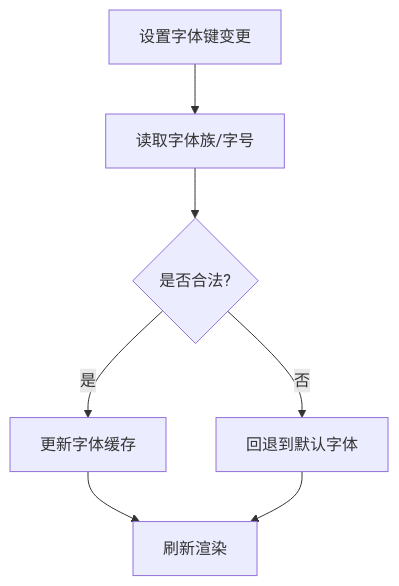
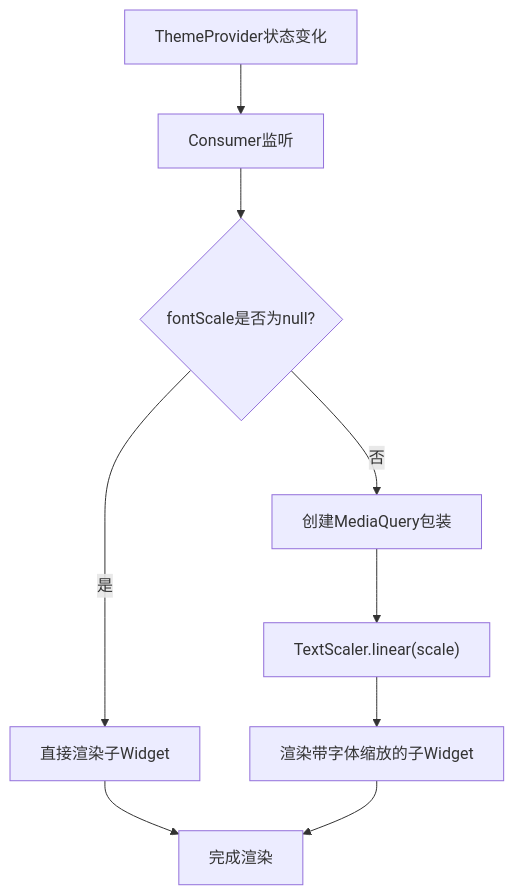
The fifth of 6 diagrams in .qoder/repowiki/zh/content/Flutter跨平台应用/状态管理/设置Provider.md (ZhangGHGitHub/LegadoTeamFlutter), drawn with Mermaid before and after one commit. The commit also changed other lines of this file and 173 other files, not shown here.

````diff
--- a/.qoder/repowiki/zh/content/Flutter跨平台应用/状态管理/设置Provider.md
+++ b/.qoder/repowiki/zh/content/Flutter跨平台应用/状态管理/设置Provider.md
@@ -260,9 +199,11 @@
 ```mermaid
 flowchart TD
-A["设置字体键变更"] --> B["读取字体族/字号"]
-B --> C{"是否合法?"}
-C --> |否| D["回退到默认字体"]
-C --> |是| E["更新字体缓存"]
-E --> F["刷新渲染"]
-D --> F
+A["ThemeProvider状态变化"] --> B["Consumer监听"]
+B --> C{"fontScale是否为null?"}
+C --> |是| D["直接渲染子Widget"]
+C --> |否| E["创建MediaQuery包装"]
+E --> F["TextScaler.linear(scale)"]
+F --> G["渲染带字体缩放的子Widget"]
+D --> H["完成渲染"]
+G --> H
 ```
````
